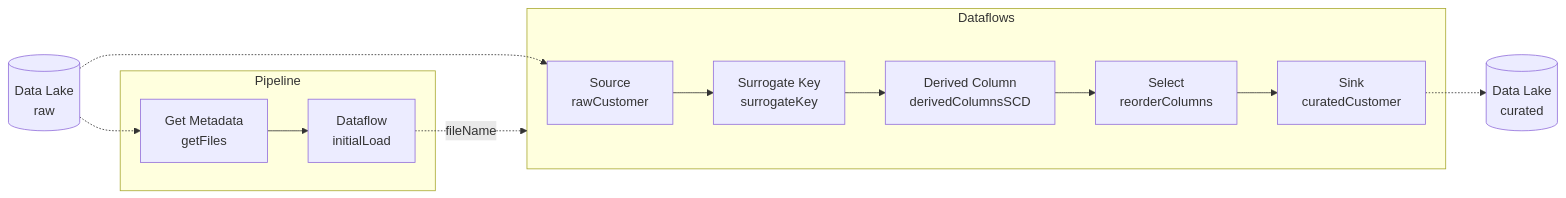
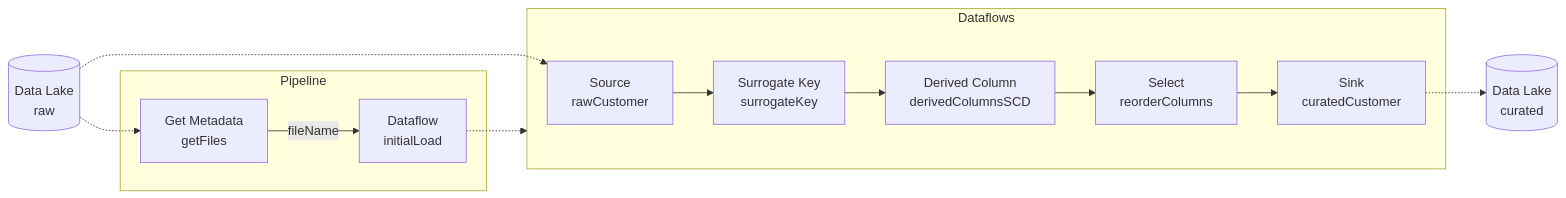
Before and after one commit to tayganr/lakehouse: the diagram in modules/module01b.md, drawn with Mermaid.

````diff
--- a/modules/module01b.md
+++ b/modules/module01b.md
@@ -14,31 +14,31 @@
 ```mermaid
 flowchart LR
     a1[Get Metadata\ngetFiles]
     a2[Dataflow\ninitialLoad]
     df1[Source\nrawCustomer]
     df2[Surrogate Key\nsurrogateKey]
     df3[Derived Column\nderivedColumnsSCD]
     df4[Select\nreorderColumns]
     df5[Sink\ncuratedCustomer]
     ds1[(Data Lake\nraw)]
     ds2[(Data Lake\ncurated)]
     ds1-.->df1
     ds1-.->a1
     df5-.->ds2
-    a2-.fileName.->Dataflows
+    a2-.->Dataflows
 
     subgraph Pipeline
-    a1-->a2
+    a1--fileName-->a2
     end
 
     subgraph Dataflows
     df1-->df2
     df2-->df3
     df3-->df4
     df4-->df5
     end
 
 
     click GetMetadata "https://github.com/tayganr/lakehouse/blob/main/modules/module01b.md#1-Pipeline-initialLoad"
     click Source "https://github.com/tayganr/lakehouse/blob/main/modules/module01b.md#2-Data-flow-Source---rawCustomer"
 ```
````
